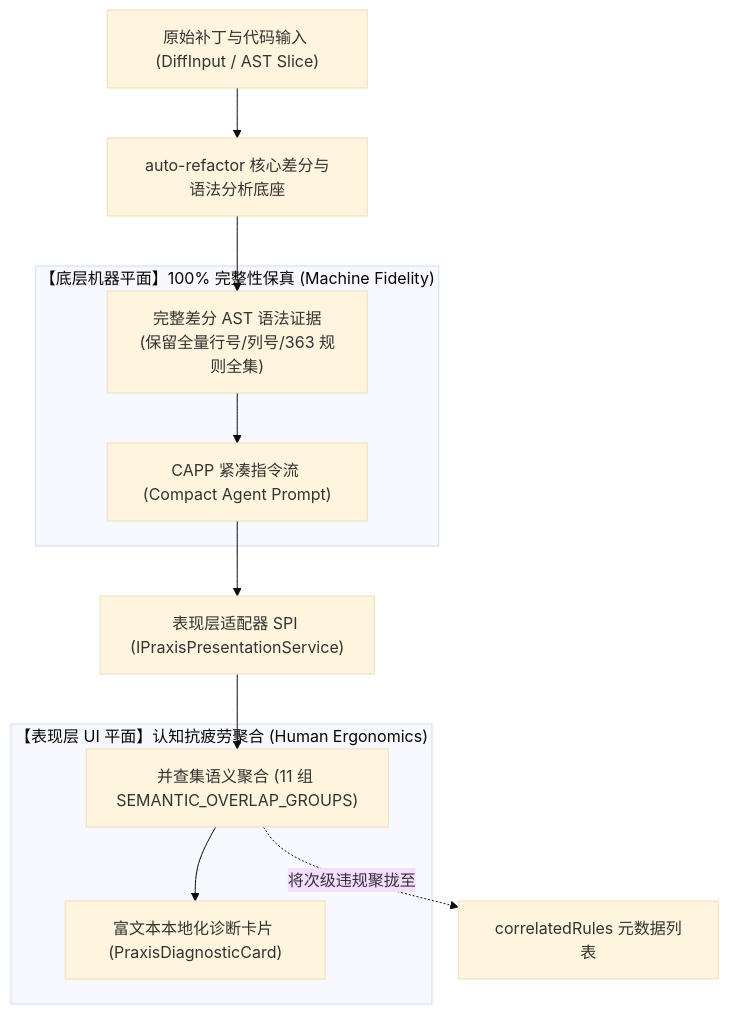
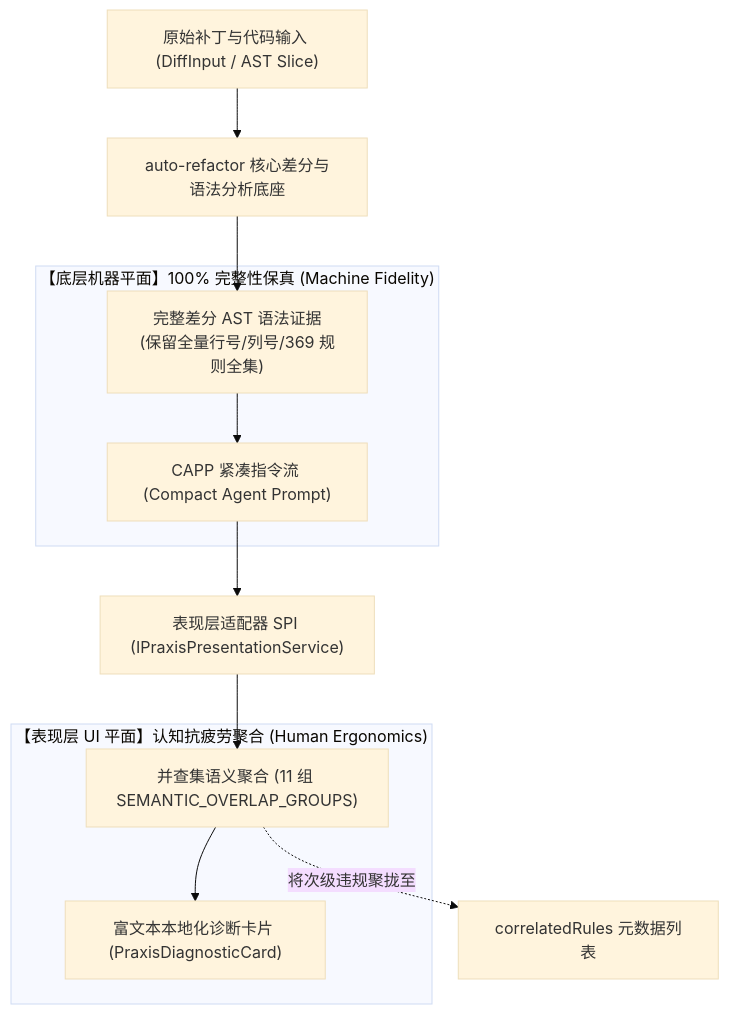
Before and after one commit to guilingzhouyi-creator/vscode-extensions: the first of 2 diagrams in auto-refactor/docs/06-praxis-delivery/01-praxis-architecture-and-spi-contracts.md, drawn with Mermaid (base theme). The commit also changed 35 other files, not shown here.

````diff
--- a/auto-refactor/docs/06-praxis-delivery/01-praxis-architecture-and-spi-contracts.md
+++ b/auto-refactor/docs/06-praxis-delivery/01-praxis-architecture-and-spi-contracts.md
@@ -14,21 +14,21 @@
 ```mermaid
 flowchart TD
     DIFF["原始补丁与代码输入 (DiffInput / AST Slice)"] --> CORE["auto-refactor 核心差分与语法分析底座"]
     
     subgraph MachinePlane["【底层机器平面】100% 完整性保真 (Machine Fidelity)"]
-        AST_COMPLETE["完整差分 AST 语法证据<br/>(保留全量行号/列号/363 规则全集)"]
+        AST_COMPLETE["完整差分 AST 语法证据<br/>(保留全量行号/列号/369 规则全集)"]
         CAPP["CAPP 紧凑指令流 (Compact Agent Prompt)"]
     end
     
     subgraph HumanPlane["【表现层 UI 平面】认知抗疲劳聚合 (Human Ergonomics)"]
         UNION_FIND["并查集语义聚合 (11 组 SEMANTIC_OVERLAP_GROUPS)"]
         CARDS["富文本本地化诊断卡片 (PraxisDiagnosticCard)"]
     end
     
     CORE --> AST_COMPLETE
     AST_COMPLETE --> CAPP
     CAPP --> IPres["表现层适配器 SPI (IPraxisPresentationService)"]
     IPres --> UNION_FIND
     UNION_FIND --> CARDS
     UNION_FIND -.->|将次级违规聚拢至| META["correlatedRules 元数据列表"]
 ```
````
